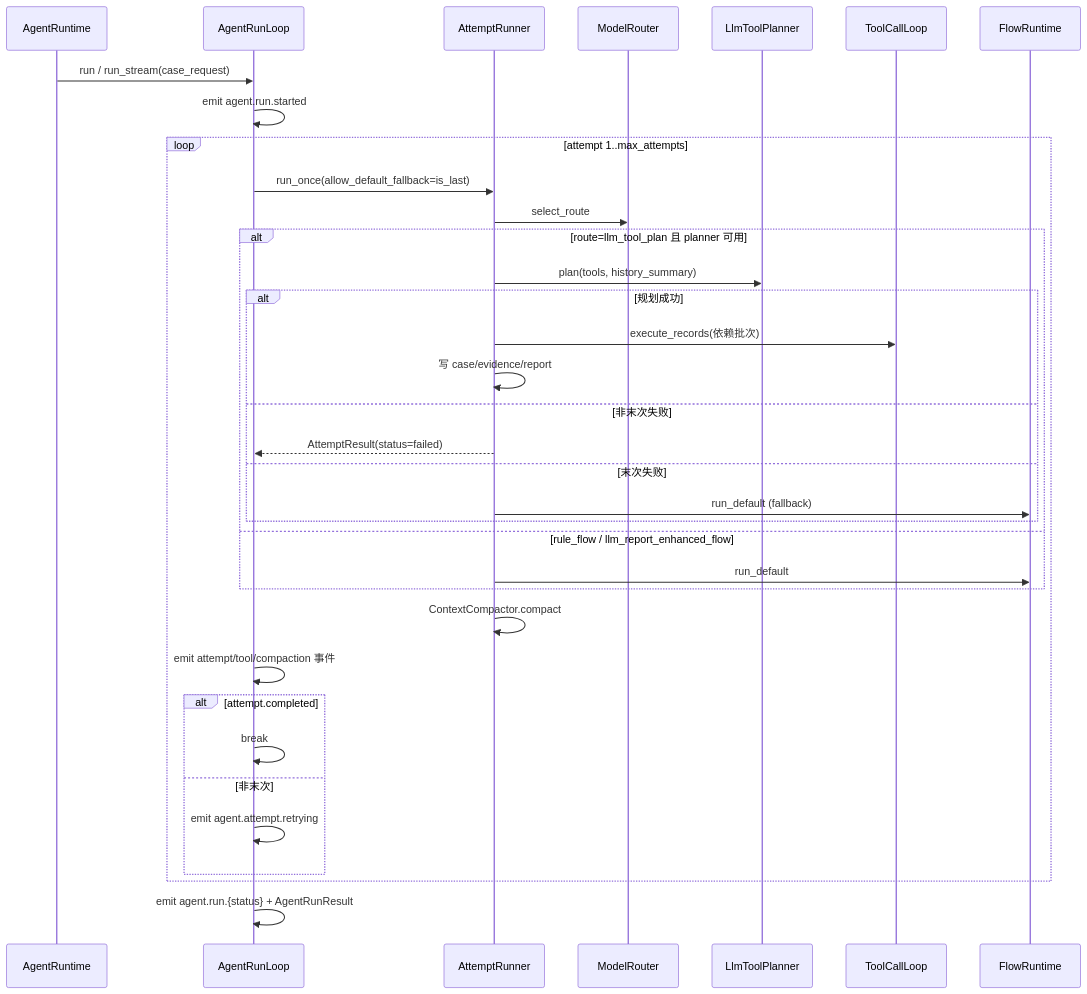
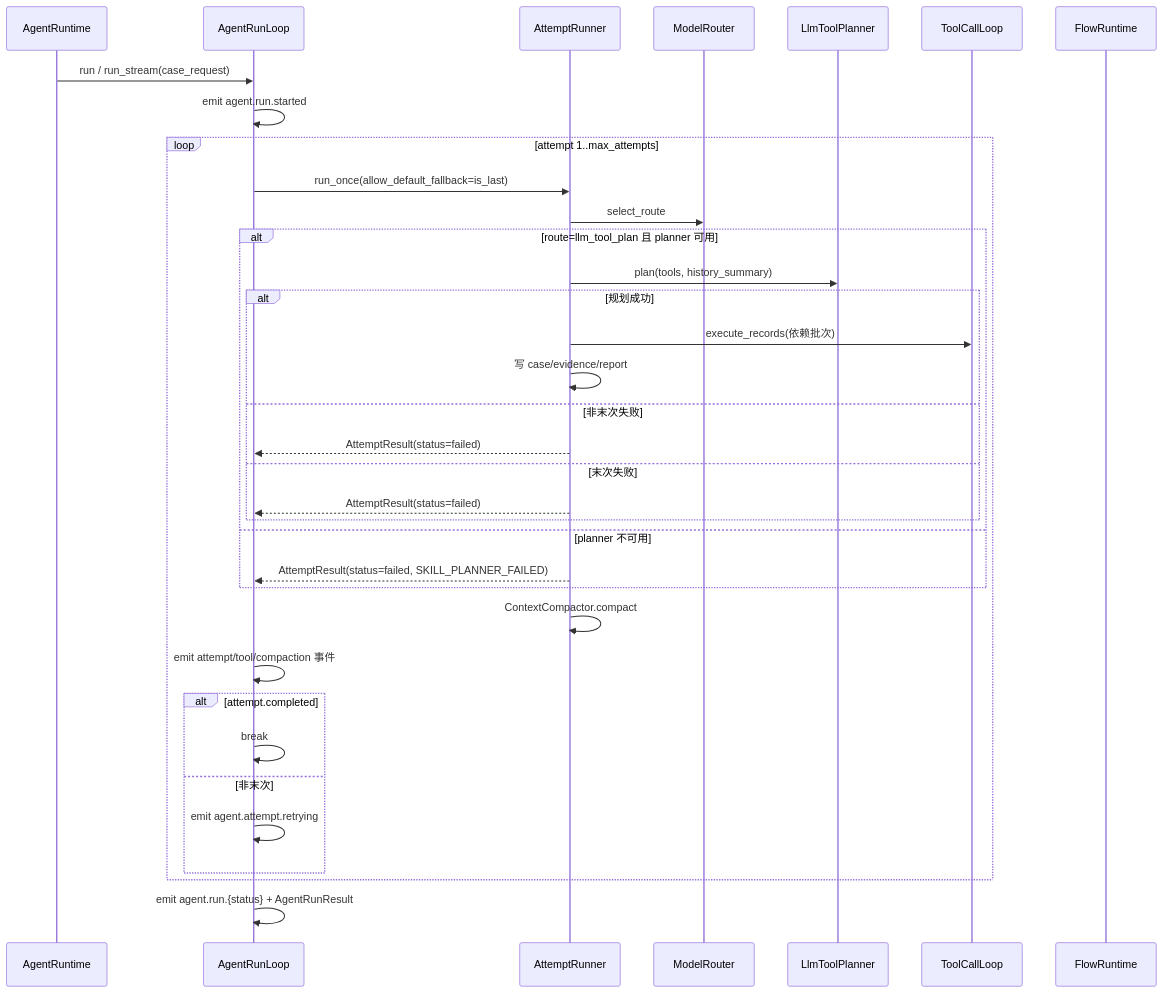
One commit to iceycn/root-seeker-v2 changed the diagram in docs/business-logic/09-agent-runtime.md. Above: the diagram before and after it, drawn with Mermaid. The commit also changed other lines of this file and 10 other files, not shown here.

Commit message:
docs(skill): record Agent playbook as default path

````diff
--- a/docs/business-logic/09-agent-runtime.md
+++ b/docs/business-logic/09-agent-runtime.md
@@ -52,38 +52,38 @@
 ```mermaid
 sequenceDiagram
   participant AR as AgentRuntime
   participant RL as AgentRunLoop
   participant AT as AttemptRunner
   participant MR as ModelRouter
   participant LP as LlmToolPlanner
   participant TCL as ToolCallLoop
   participant FR as FlowRuntime
 
   AR->>RL: run / run_stream(case_request)
   RL->>RL: emit agent.run.started
   loop attempt 1..max_attempts
     RL->>AT: run_once(allow_default_fallback=is_last)
     AT->>MR: select_route
     alt route=llm_tool_plan 且 planner 可用
       AT->>LP: plan(tools, history_summary)
       alt 规划成功
         AT->>TCL: execute_records(依赖批次)
         AT->>AT: 写 case/evidence/report
       else 非末次失败
         AT-->>RL: AttemptResult(status=failed)
       else 末次失败
-        AT->>FR: run_default (fallback)
+        AT-->>RL: AttemptResult(status=failed)
       end
-    else rule_flow / llm_report_enhanced_flow
-      AT->>FR: run_default
+    else planner 不可用
+      AT-->>RL: AttemptResult(status=failed, SKILL_PLANNER_FAILED)
     end
     AT->>AT: ContextCompactor.compact
     RL->>RL: emit attempt/tool/compaction 事件
     alt attempt.completed
       RL->>RL: break
     else 非末次
       RL->>RL: emit agent.attempt.retrying
     end
   end
   RL->>RL: emit agent.run.{status} + AgentRunResult
 ```
````
